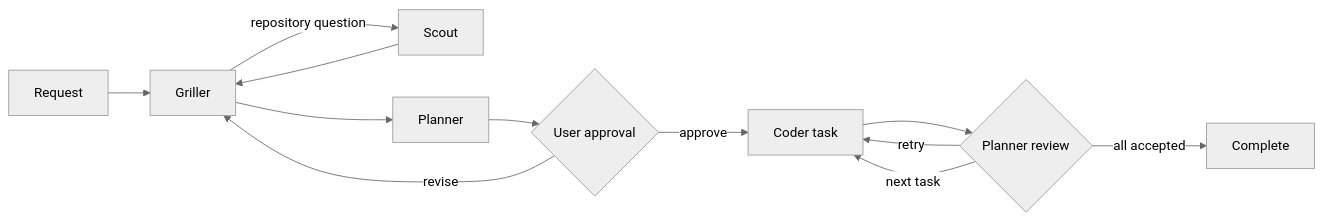
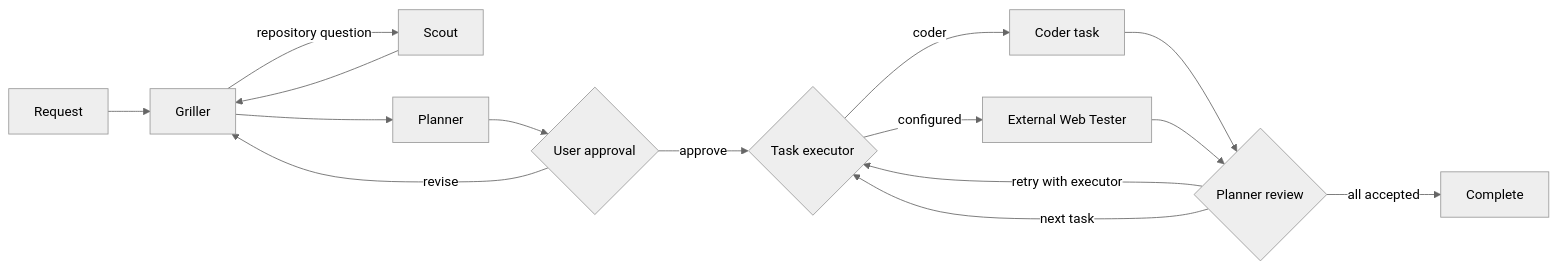
One commit to snowmerak/q changed the diagram in README.md. Above: the diagram before and after it, drawn with Mermaid (neutral theme). The commit also changed other lines of this file and 40 other files, not shown here.

First line of the commit message:
feat(orchestration): added external web tester execution

````diff
--- a/README.md
+++ b/README.md
@@ -197,14 +210,17 @@
 ```mermaid
 flowchart LR
     U[Request] --> G[Griller]
     G -->|repository question| S[Scout]
     S --> G
     G --> P[Planner]
     P --> A{User approval}
     A -->|revise| G
-    A -->|approve| C[Coder task]
+    A -->|approve| E{Task executor}
+    E -->|coder| C[Coder task]
+    E -->|configured| W[External Web Tester]
     C --> R{Planner review}
-    R -->|retry| C
-    R -->|next task| C
+    W --> R
+    R -->|retry with executor| E
+    R -->|next task| E
     R -->|all accepted| D[Complete]
 ```
````
